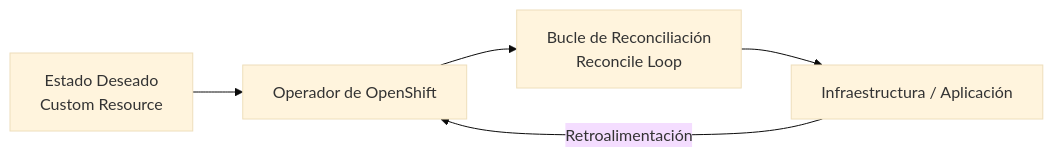
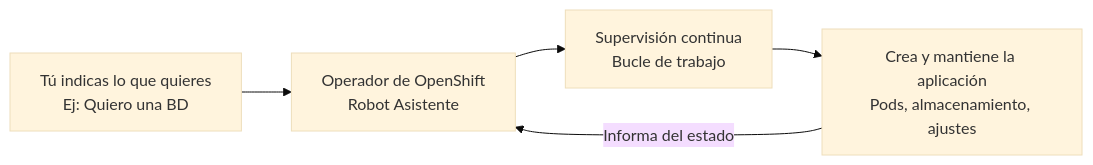
One commit to ieftraining/curso-openshift changed the first of 3 diagrams in docs/sesion3/3.7 Operadores.md. Above: the diagram before and after it, drawn with Mermaid (base theme). The commit also changed other lines of this file, not shown here.

````diff
--- a/docs/sesion3/3.7 Operadores.md
+++ b/docs/sesion3/3.7 Operadores.md
@@ -24,7 +27,7 @@
 ```mermaid
 flowchart LR
-    A[Estado Deseado<br>Custom Resource] --> B[Operador de OpenShift]
-    B --> C[Bucle de Reconciliación<br>Reconcile Loop]
-    C --> D[Infraestructura / Aplicación]
-    D -->|Retroalimentación| B
+    A[Tú indicas lo que quieres<br>Ej: Quiero una BD] --> B[Operador de OpenShift<br>Robot Asistente]
+    B --> C[Supervisión continua<br>Bucle de trabajo]
+    C --> D[Crea y mantiene la aplicación<br>Pods, almacenamiento, ajustes]
+    D -->|Informa del estado| B
 ```
````
